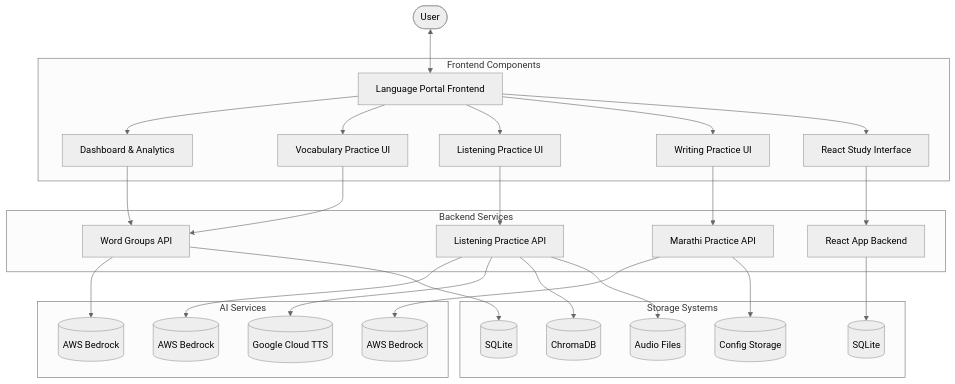
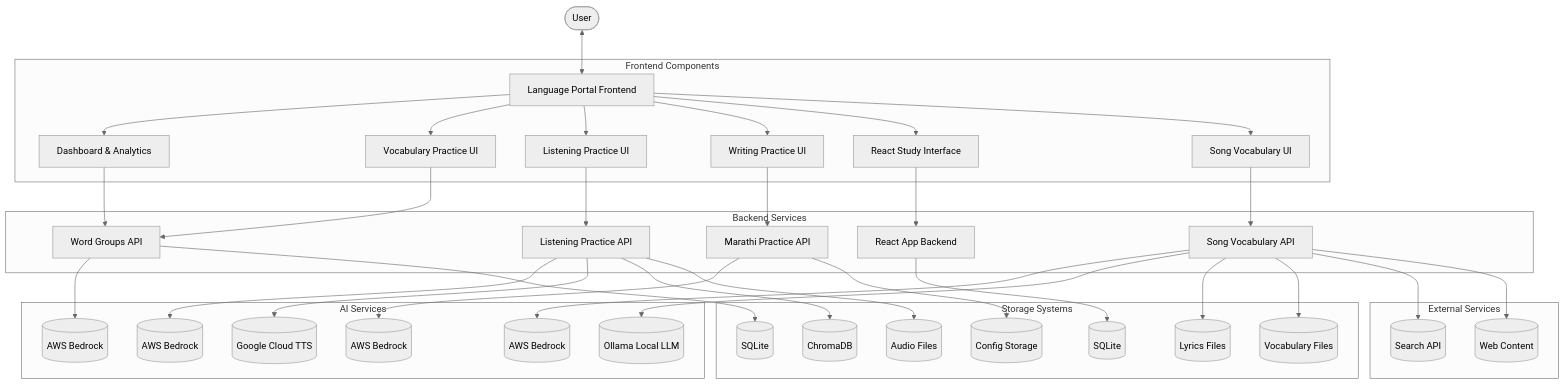
Before and after one commit to Sudhanva1999/free-genai-bootcamp-2025: the diagram in README.md, drawn with Mermaid (neutral theme). The commit also changed other lines of this file, not shown here.

````diff
--- a/README.md
+++ b/README.md
@@ -9,40 +9,52 @@
 ```mermaid
 graph TD
     User([User]) <--> Frontend[Language Portal Frontend]
     
     subgraph "Frontend Components"
         Frontend --> Dashboard[Dashboard & Analytics]
         Frontend --> VocabUI[Vocabulary Practice UI]
         Frontend --> ListeningUI[Listening Practice UI]
         Frontend --> WritingUI[Writing Practice UI]
         Frontend --> ReactUI[React Study Interface]
+        Frontend --> SongUI[Song Vocabulary UI]
     end
     
     subgraph "Backend Services"
         WordGroupAPI[Word Groups API]
         MarathiPracticeAPI[Marathi Practice API]
         ListeningAPI[Listening Practice API]
         ReactBackend[React App Backend]
+        SongVocabAPI[Song Vocabulary API]
     end
     
     Dashboard --> WordGroupAPI
     VocabUI --> WordGroupAPI
     ListeningUI --> ListeningAPI
     WritingUI --> MarathiPracticeAPI
     ReactUI --> ReactBackend
+    SongUI --> SongVocabAPI
     
     subgraph "AI Services"
         WordGroupAPI --> Bedrock1[(AWS Bedrock)]
         MarathiPracticeAPI --> Bedrock2[(AWS Bedrock)]
         ListeningAPI --> Bedrock3[(AWS Bedrock)]
         ListeningAPI --> GoogleTTS[(Google Cloud TTS)]
+        SongVocabAPI --> Bedrock4[(AWS Bedrock)]
+        SongVocabAPI --> OllamaLLM[(Ollama Local LLM)]
     end
     
     subgraph "Storage Systems"
         WordGroupAPI --> SQLiteDB1[(SQLite)]
         MarathiPracticeAPI --> ConfigStorage[(Config Storage)]
         ListeningAPI --> VectorStore[(ChromaDB)]
         ListeningAPI --> AudioFiles[(Audio Files)]
         ReactBackend --> SQLiteDB2[(SQLite)]
+        SongVocabAPI --> LyricsFiles[(Lyrics Files)]
+        SongVocabAPI --> VocabFiles[(Vocabulary Files)]
+    end
+    
+    subgraph "External Services"
+        SongVocabAPI --> SERP[(Search API)]
+        SongVocabAPI --> WebContent[(Web Content)]
     end
 ```
````
